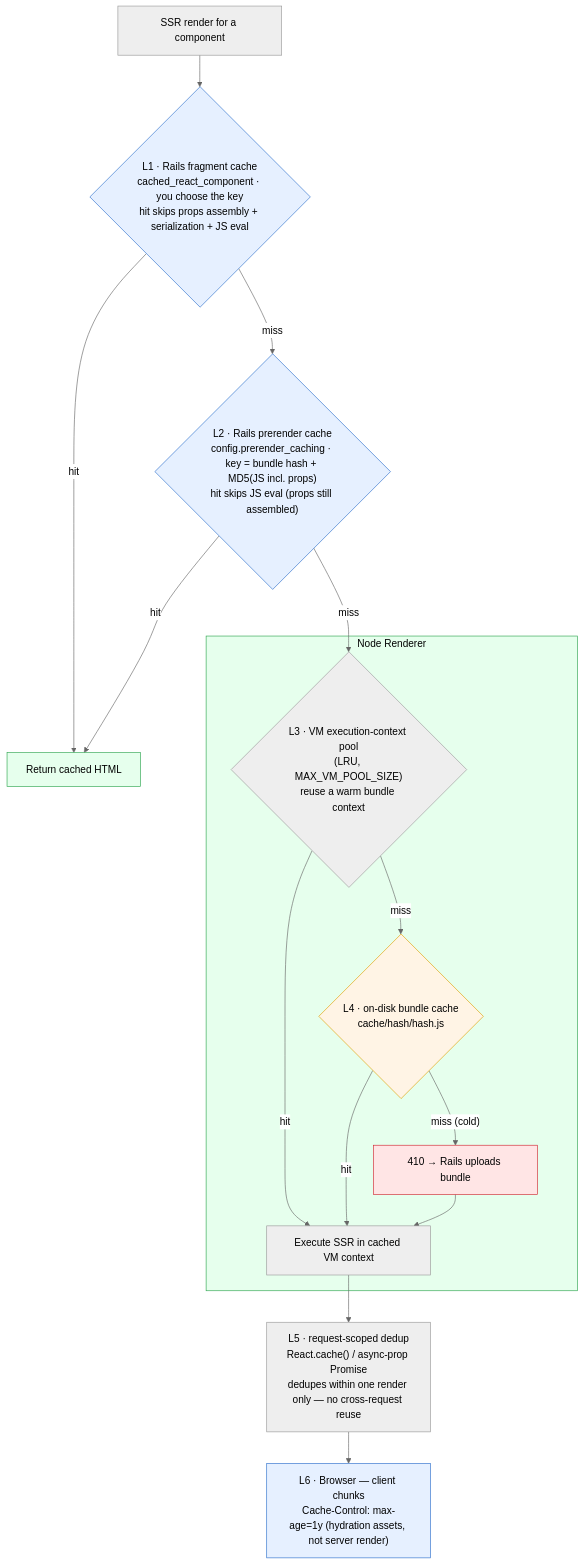
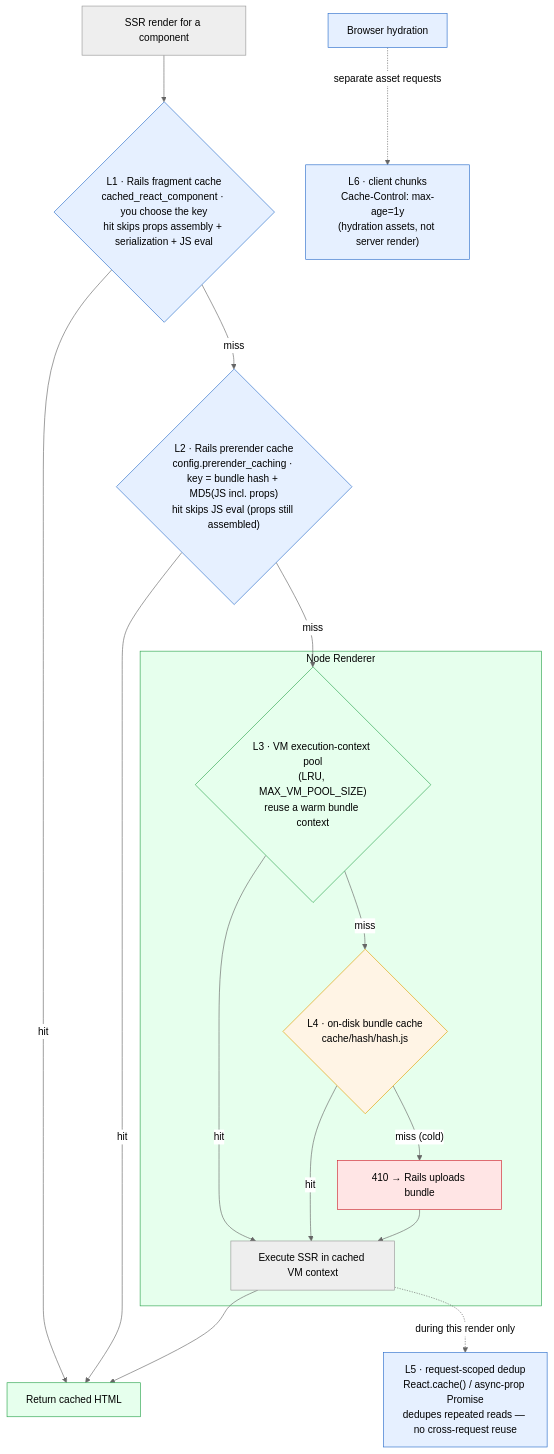
Before and after one commit to shakacode/react_on_rails: the third of 5 diagrams in docs/pro/node-renderer.md, drawn with Mermaid (neutral theme). The commit also changed other lines of this file and 1 other file, not shown here.

Commit message:
Clarify Node Renderer docs after review

````diff
--- a/docs/pro/node-renderer.md
+++ b/docs/pro/node-renderer.md
@@ -101,25 +101,29 @@
 ```mermaid
 flowchart TB
     Req["SSR render for a component"] --> L1{"L1 · Rails fragment cache<br/>cached_react_component · you choose the key<br/>hit skips props assembly + serialization + JS eval"}
     L1 -- "hit" --> Done["Return cached HTML"]
     L1 -- "miss" --> L2{"L2 · Rails prerender cache<br/>config.prerender_caching · key = bundle hash + MD5(JS incl. props)<br/>hit skips JS eval (props still assembled)"}
     L2 -- "hit" --> Done
     L2 -- "miss" --> L3
     subgraph Renderer["Node Renderer"]
         L3{"L3 · VM execution-context pool<br/>(LRU, MAX_VM_POOL_SIZE)<br/>reuse a warm bundle context"}
         L3 -- "hit" --> Exec["Execute SSR in cached VM context"]
         L3 -- "miss" --> L4{"L4 · on-disk bundle cache<br/>cache/hash/hash.js"}
         L4 -- "hit" --> Exec
         L4 -- "miss (cold)" --> Upload["410 → Rails uploads bundle"]
         Upload --> Exec
     end
-    Exec --> L5["L5 · request-scoped dedup<br/>React.cache() / async-prop Promise<br/>dedupes within one render only — no cross-request reuse"]
-    L5 --> Browser["L6 · Browser — client chunks<br/>Cache-Control: max-age=1y (hydration assets, not server render)"]
+    Exec --> Done
+    Exec -. "during this render only" .-> L5["L5 · request-scoped dedup<br/>React.cache() / async-prop Promise<br/>dedupes repeated reads — no cross-request reuse"]
+    Browser["Browser hydration"] -. "separate asset requests" .-> L6["L6 · client chunks<br/>Cache-Control: max-age=1y<br/>(hydration assets, not server render)"]
     style L1 fill:#e6f0ff,stroke:#2c6ecb,color:#000
     style L2 fill:#e6f0ff,stroke:#2c6ecb,color:#000
     style Done fill:#e6ffed,stroke:#2da44e,color:#000
     style Renderer fill:#e6ffed,stroke:#2da44e,color:#000
+    style L3 fill:#e6ffed,stroke:#2da44e,color:#000
     style L4 fill:#fff4e5,stroke:#e0a000,color:#000
     style Upload fill:#ffe5e5,stroke:#d1242f,color:#000
     style Browser fill:#e6f0ff,stroke:#2c6ecb,color:#000
+    style L5 fill:#e6f0ff,stroke:#2c6ecb,color:#000
+    style L6 fill:#e6f0ff,stroke:#2c6ecb,color:#000
 ```
````
